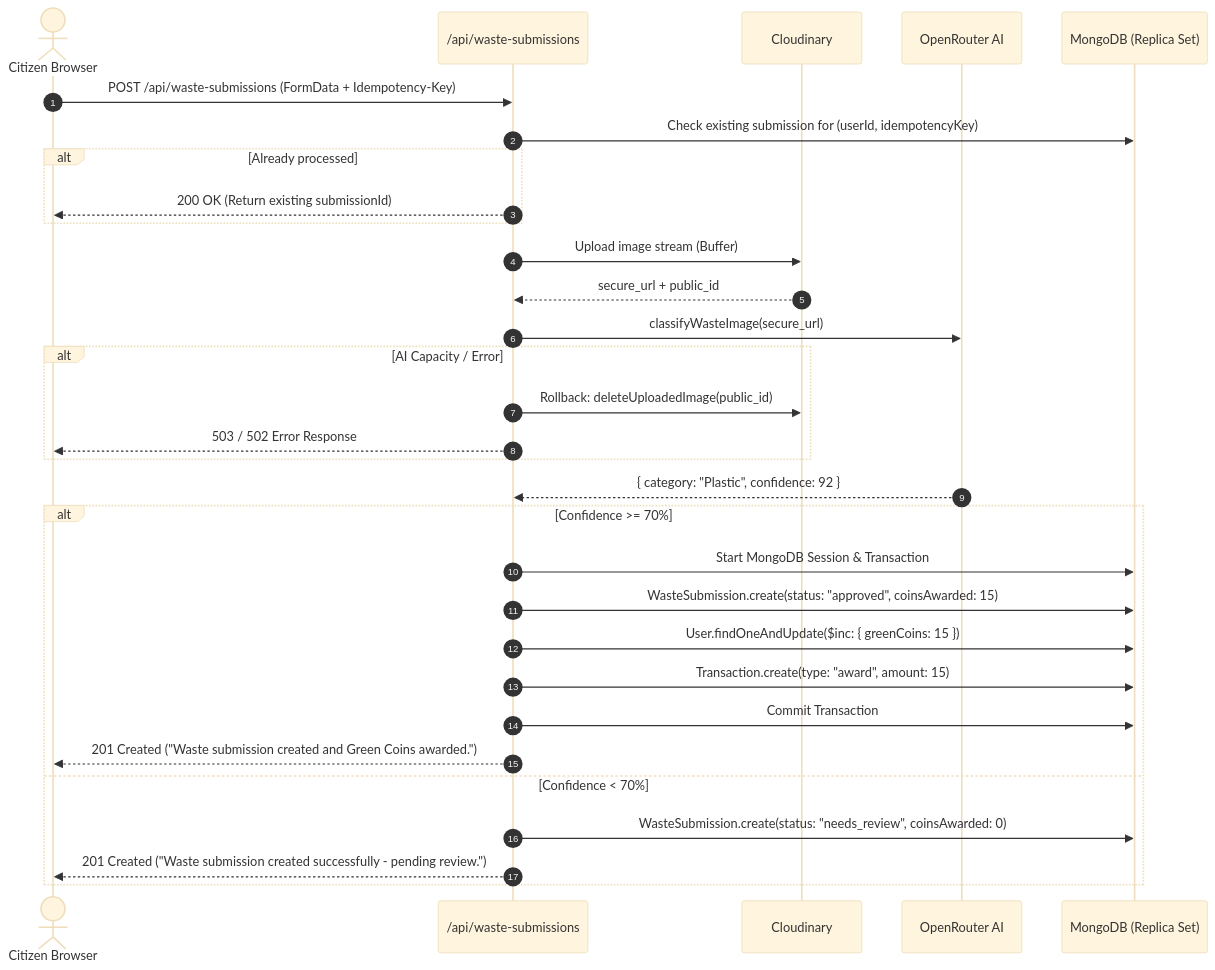
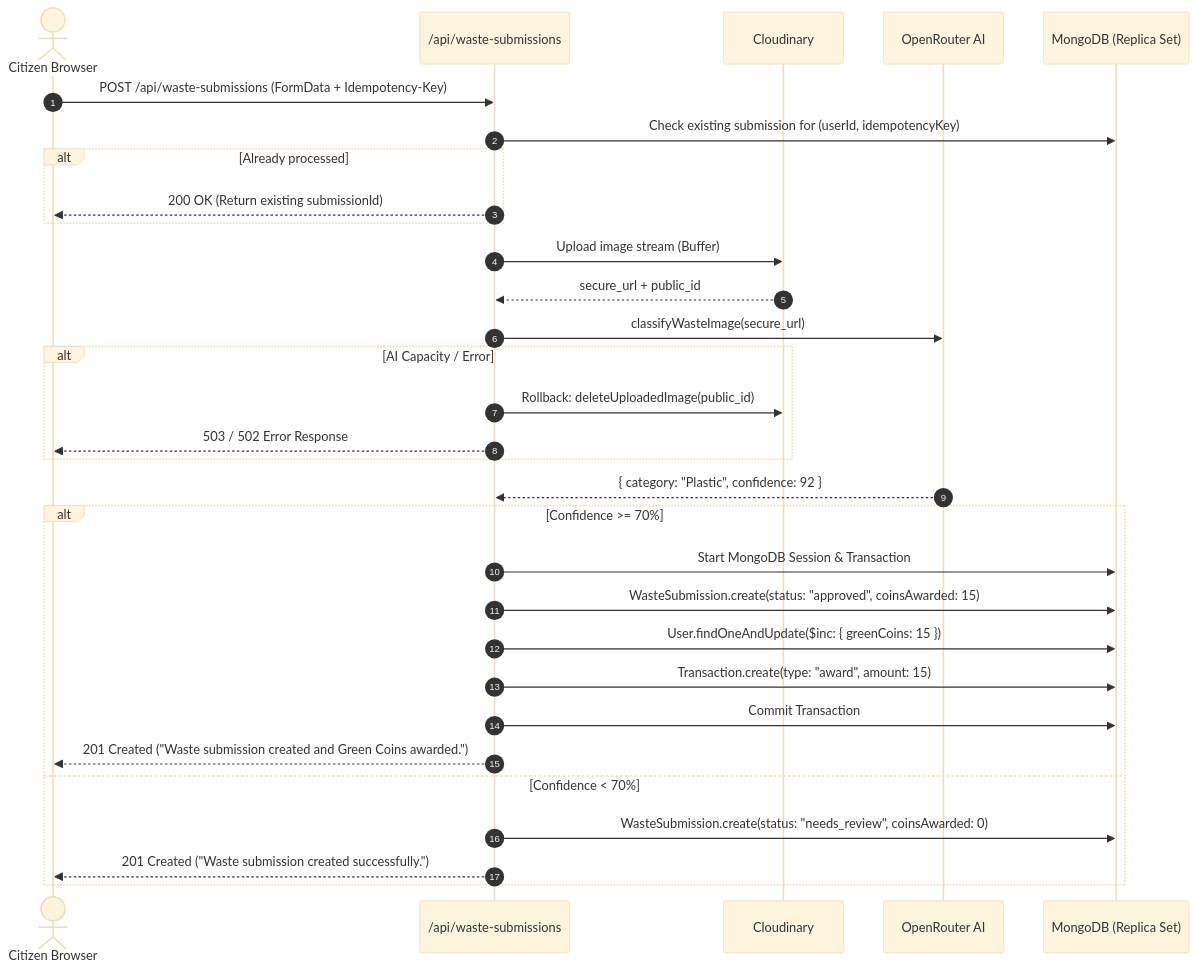
One commit to Atrocious7/Green-Waste changed the second of 2 diagrams in project-learning-guide/02-architecture-and-data-flow.md. Above: the diagram before and after it, drawn with Mermaid (base theme). The commit also changed other lines of this file and 23 other files, not shown here.

````diff
--- a/project-learning-guide/02-architecture-and-data-flow.md
+++ b/project-learning-guide/02-architecture-and-data-flow.md
@@ -100,37 +103,37 @@
 ```mermaid
 sequenceDiagram
     autonumber
     actor Citizen as Citizen Browser
     participant API as /api/waste-submissions
     participant CDN as Cloudinary
     participant AI as OpenRouter AI
     participant DB as MongoDB (Replica Set)
 
     Citizen->>API: POST /api/waste-submissions (FormData + Idempotency-Key)
     API->>DB: Check existing submission for (userId, idempotencyKey)
     alt Already processed
         API-->>Citizen: 200 OK (Return existing submissionId)
     end
 
     API->>CDN: Upload image stream (Buffer)
     CDN-->>API: secure_url + public_id
 
     API->>AI: classifyWasteImage(secure_url)
     alt AI Capacity / Error
         API->>CDN: Rollback: deleteUploadedImage(public_id)
         API-->>Citizen: 503 / 502 Error Response
     end
     AI-->>API: { category: "Plastic", confidence: 92 }
 
     alt Confidence >= 70%
         API->>DB: Start MongoDB Session & Transaction
         API->>DB: WasteSubmission.create(status: "approved", coinsAwarded: 15)
         API->>DB: User.findOneAndUpdate($inc: { greenCoins: 15 })
         API->>DB: Transaction.create(type: "award", amount: 15)
         API->>DB: Commit Transaction
         API-->>Citizen: 201 Created ("Waste submission created and Green Coins awarded.")
     else Confidence < 70%
         API->>DB: WasteSubmission.create(status: "needs_review", coinsAwarded: 0)
-        API-->>Citizen: 201 Created ("Waste submission created successfully - pending review.")
+        API-->>Citizen: 201 Created ("Waste submission created successfully.")
     end
 ```
````
